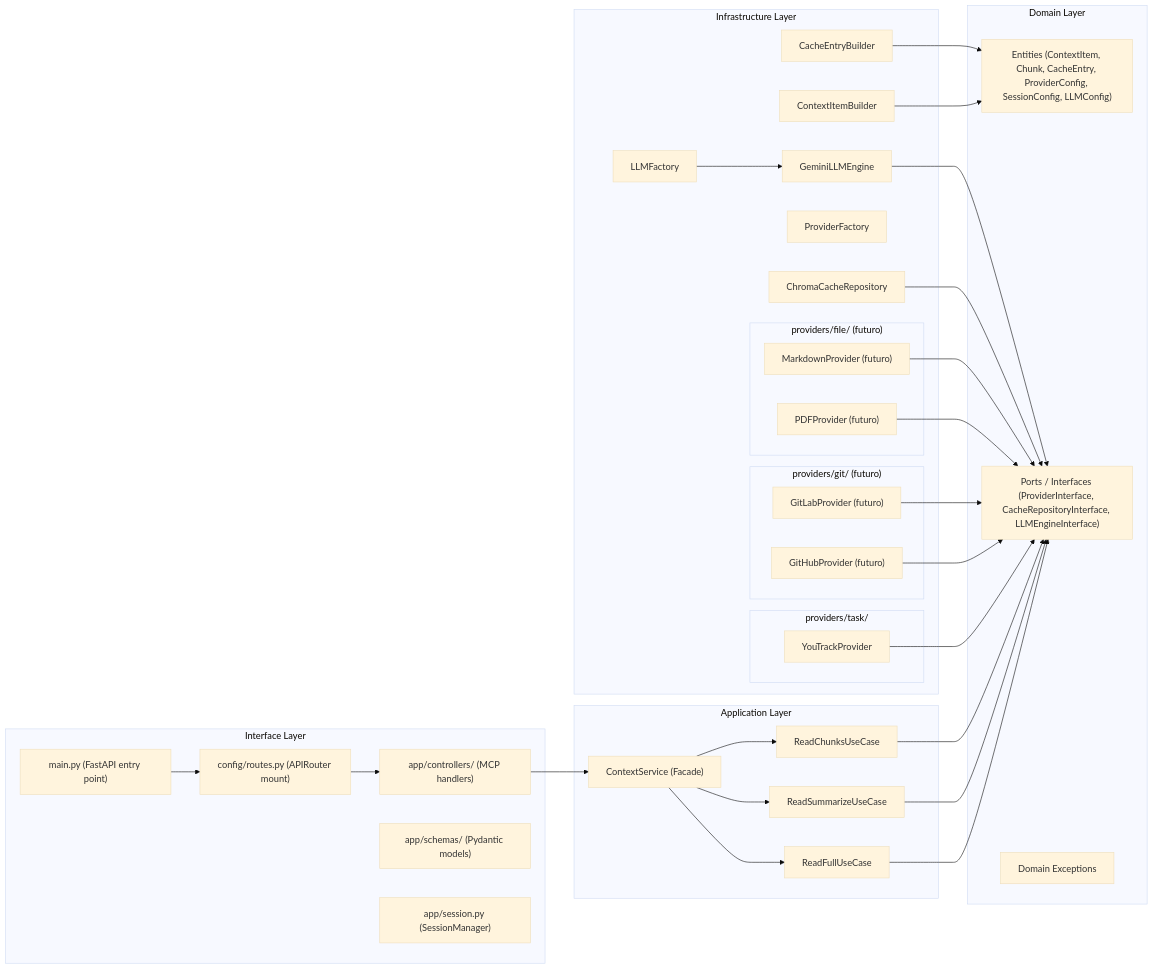
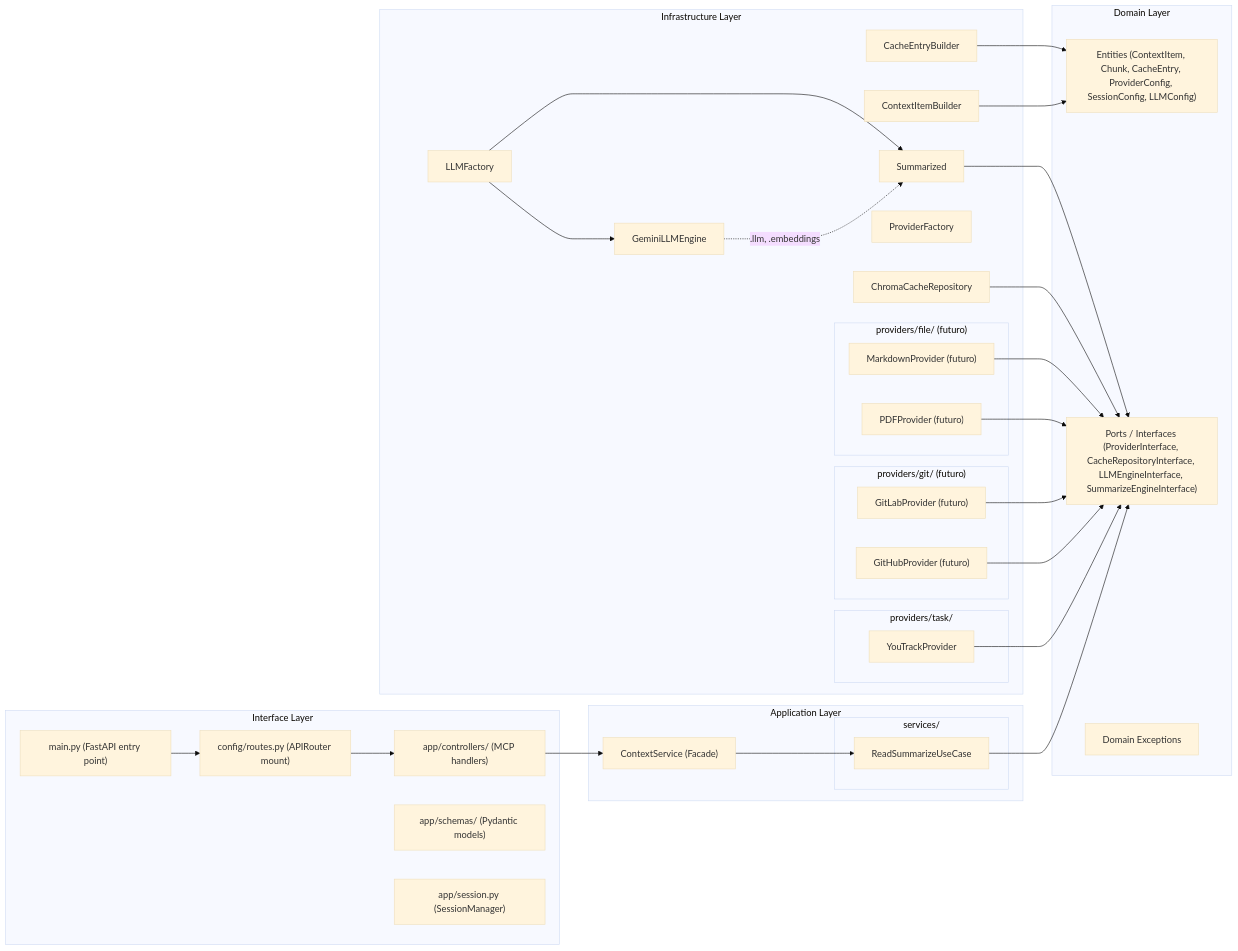
One commit to remolacho/ContextForge changed the second of 7 diagrams in .kiro/specs/contextforge/design.md. Above: the diagram before and after it, drawn with Mermaid (base theme). The commit also changed other lines of this file and 10 other files, not shown here.

````diff
--- a/.kiro/specs/contextforge/design.md
+++ b/.kiro/specs/contextforge/design.md
@@ -33,60 +33,59 @@
 ```mermaid
 graph LR
     subgraph "Interface Layer"
         MAIN["main.py (FastAPI entry point)"]
         ROUTES["config/routes.py (APIRouter mount)"]
         CTRL["app/controllers/ (MCP handlers)"]
         SCH["app/schemas/ (Pydantic models)"]
         SM["app/session.py (SessionManager)"]
     end
     subgraph "Application Layer"
         SVC["ContextService (Facade)"]
-        UC1["ReadFullUseCase"]
-        UC2["ReadSummarizeUseCase"]
-        UC3["ReadChunksUseCase"]
+        subgraph "services/"
+            RS["ReadSummarizeUseCase"]
+        end
     end
     subgraph "Domain Layer"
         E["Entities (ContextItem, Chunk, CacheEntry, ProviderConfig, SessionConfig, LLMConfig)"]
-        P["Ports / Interfaces (ProviderInterface, CacheRepositoryInterface, LLMEngineInterface)"]
+        P["Ports / Interfaces (ProviderInterface, CacheRepositoryInterface, LLMEngineInterface, SummarizeEngineInterface)"]
         EX["Domain Exceptions"]
     end
     subgraph "Infrastructure Layer"
         PF["ProviderFactory"]
         subgraph "providers/task/"
             YT["YouTrackProvider"]
         end
         subgraph "providers/git/ (futuro)"
             GH["GitHubProvider (futuro)"]
             GL["GitLabProvider (futuro)"]
         end
         subgraph "providers/file/ (futuro)"
             PDF["PDFProvider (futuro)"]
             MD["MarkdownProvider (futuro)"]
         end
         CH["ChromaCacheRepository"]
         GE["GeminiLLMEngine"]
+        SUM["Summarized"]
         LF["LLMFactory"]
         CB["ContextItemBuilder"]
         CEB["CacheEntryBuilder"]
     end
 
     MAIN --> ROUTES
     ROUTES --> CTRL
     CTRL --> SVC
-    SVC --> UC1
-    SVC --> UC2
-    SVC --> UC3
-    UC1 --> P
-    UC2 --> P
-    UC3 --> P
+    SVC --> RS
+    RS --> P
     YT --> P
     GH --> P
     GL --> P
     PDF --> P
     MD --> P
     CH --> P
-    GE --> P
+    GE -.->|".llm, .embeddings"| SUM
+    SUM --> P
     LF --> GE
+    LF --> SUM
     CB --> E
     CEB --> E
 ```
````
